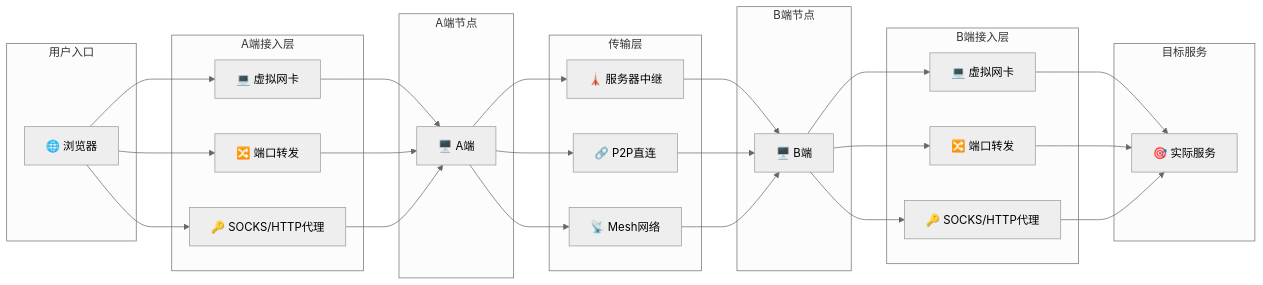
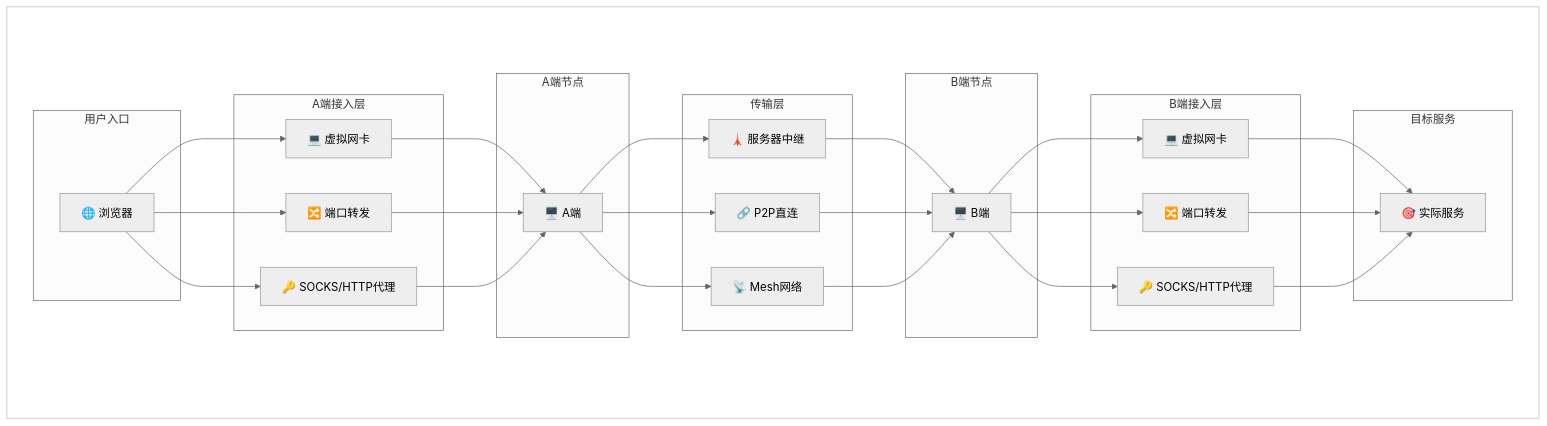
The diagram in README.md (snltty/linker), drawn with Mermaid (neutral theme) before and after one commit. The commit also changed 1 other file, not shown here.

````diff
--- a/README.md
+++ b/README.md
@@ -26,43 +26,49 @@
 ```mermaid
 flowchart LR
-    subgraph 用户入口
-        Browser[🌐 浏览器]
+    subgraph 整体架构[" "]
+        direction LR
+
+        subgraph 用户入口
+            Browser[🌐 浏览器]
+        end
+
+        subgraph A端接入层
+            A_TUN[💻 虚拟网卡]
+            A_Port[🔀 端口转发]
+            A_Proxy[🔑 SOCKS/HTTP代理]
+        end
+
+        subgraph A端节点
+            A[🖥️ A端]
+        end
+
+        subgraph 传输层
+            Relay[🗼 服务器中继]
+            P2P[🔗 P2P直连]
+            Mesh[📡 Mesh网络]
+        end
+
+        subgraph B端节点
+            B[🖥️ B端]
+        end
+
+        subgraph B端接入层
+            B_TUN[💻 虚拟网卡]
+            B_Port[🔀 端口转发]
+            B_Proxy[🔑 SOCKS/HTTP代理]
+        end
+
+        subgraph 目标服务
+            Service[🎯 实际服务]
+        end
+
+        Browser --> A_TUN & A_Port & A_Proxy
+        A_TUN & A_Port & A_Proxy --> A
+        A --> Relay & P2P & Mesh
+        Relay & P2P & Mesh --> B
+        B --> B_TUN & B_Port & B_Proxy
+        B_TUN & B_Port & B_Proxy --> Service
     end
 
-    subgraph A端接入层
-        A_TUN[💻 虚拟网卡]
-        A_Port[🔀 端口转发]
-        A_Proxy[🔑 SOCKS/HTTP代理]
-    end
-
-    subgraph A端节点
-        A[🖥️ A端]
-    end
-
-    subgraph 传输层
-        Relay[🗼 服务器中继]
-        P2P[🔗 P2P直连]
-        Mesh[📡 Mesh网络]
-    end
-
-    subgraph B端节点
-        B[🖥️ B端]
-    end
-
-    subgraph B端接入层
-        B_TUN[💻 虚拟网卡]
-        B_Port[🔀 端口转发]
-        B_Proxy[🔑 SOCKS/HTTP代理]
-    end
-
-    subgraph 目标服务
-        Service[🎯 实际服务]
-    end
-
-    Browser --> A_TUN & A_Port & A_Proxy
-    A_TUN & A_Port & A_Proxy --> A
-    A --> Relay & P2P & Mesh
-    Relay & P2P & Mesh --> B
-    B --> B_TUN & B_Port & B_Proxy
-    B_TUN & B_Port & B_Proxy --> Service
+    style 整体架构 fill:none,stroke:#ddd,stroke-width:2px
 ```
````
